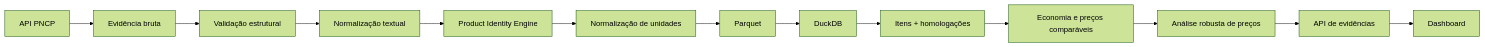
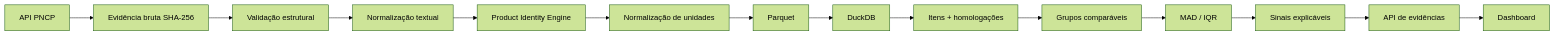
Before and after one commit to peedrovinicius/atlas-compras-publicas: the diagram in README.md, drawn with Mermaid (forest theme). The commit also changed other lines of this file and 2 other files, not shown here.

Commit message:
docs: documenta captura completa e sinais robustos

```diff
--- a/README.md
+++ b/README.md
@@ -57,15 +61,16 @@
 ~~~mermaid
 flowchart LR
-    A[API PNCP] --> B[Evidência bruta]
+    A[API PNCP] --> B[Evidência bruta SHA-256]
     B --> C[Validação estrutural]
     C --> D[Normalização textual]
     D --> E[Product Identity Engine]
     E --> F[Normalização de unidades]
     F --> G[Parquet]
     G --> H[DuckDB]
     H --> I[Itens + homologações]
-    I --> J[Economia e preços comparáveis]
-    J --> K[Análise robusta de preços]
-    K --> L[API de evidências]
-    L --> M[Dashboard]
+    I --> J[Grupos comparáveis]
+    J --> K[MAD / IQR]
+    K --> L[Sinais explicáveis]
+    L --> M[API de evidências]
+    M --> N[Dashboard]
 ~~~
```
